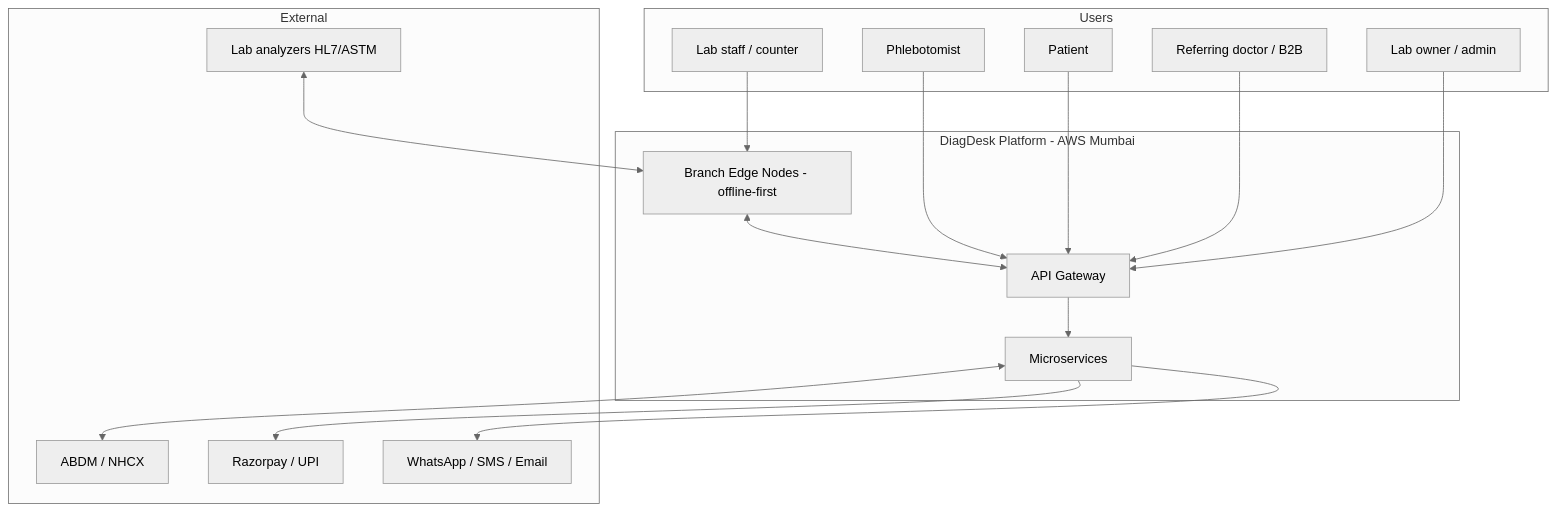
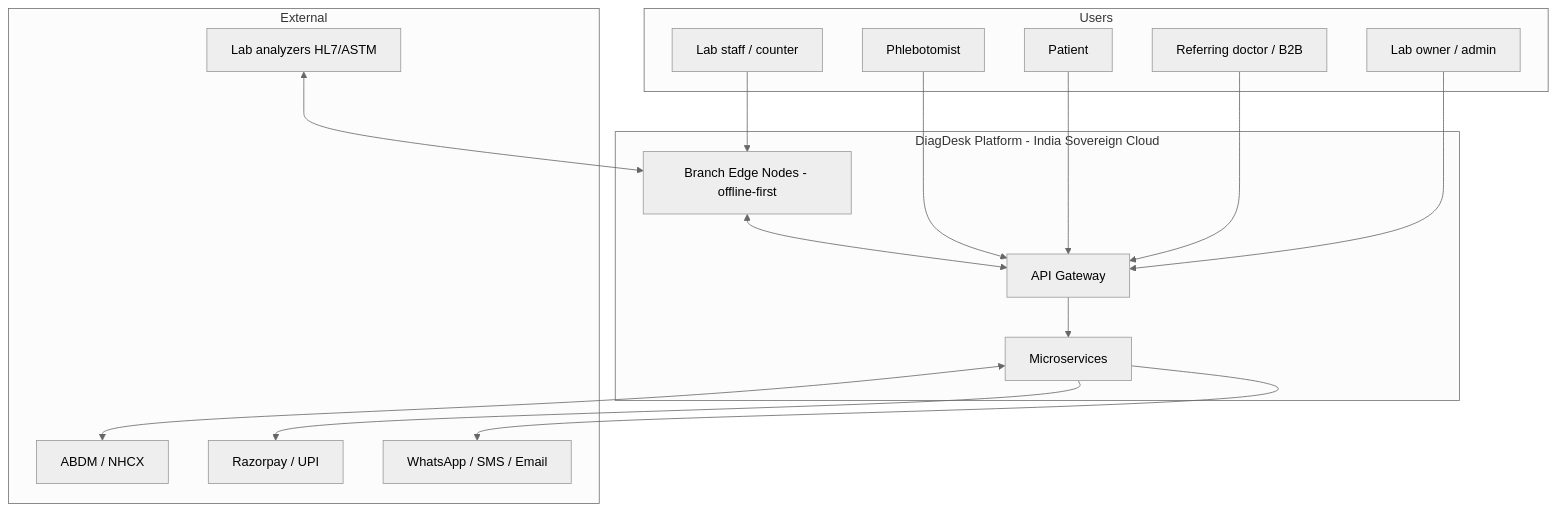
Before and after one commit to pulluri-sridhar/DiagDesk: the first of 4 diagrams in docs/technical-architecture.md, drawn with Mermaid (neutral theme). The commit also changed other lines of this file and 4 other files, not shown here.

````diff
--- a/docs/technical-architecture.md
+++ b/docs/technical-architecture.md
@@ -32,33 +32,33 @@
 ```mermaid
 graph TB
   subgraph Users
     LabStaff[Lab staff / counter]
     Phleb[Phlebotomist]
     Patient[Patient]
     Doctor[Referring doctor / B2B]
     Admin[Lab owner / admin]
   end
-  subgraph DiagDesk[DiagDesk Platform - AWS Mumbai]
+  subgraph DiagDesk[DiagDesk Platform - India Sovereign Cloud]
     GW[API Gateway]
     SVC[Microservices]
     Edge[Branch Edge Nodes - offline-first]
   end
   subgraph External
     Analyzers[Lab analyzers HL7/ASTM]
     ABDM[ABDM / NHCX]
     Pay[Razorpay / UPI]
     WA[WhatsApp / SMS / Email]
   end
 
   LabStaff --> Edge
   Phleb --> GW
   Patient --> GW
   Doctor --> GW
   Admin --> GW
   Edge <--> GW
   GW --> SVC
   Analyzers <--> Edge
   SVC <--> ABDM
   SVC --> Pay
   SVC --> WA
 ```
````
